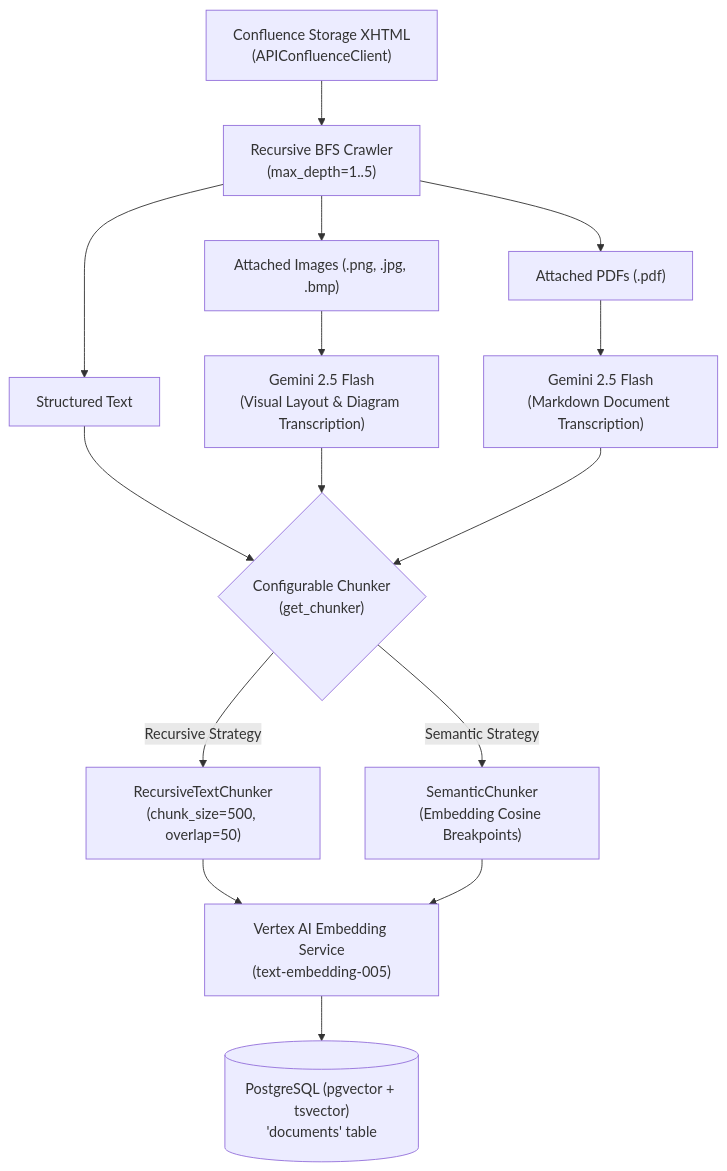
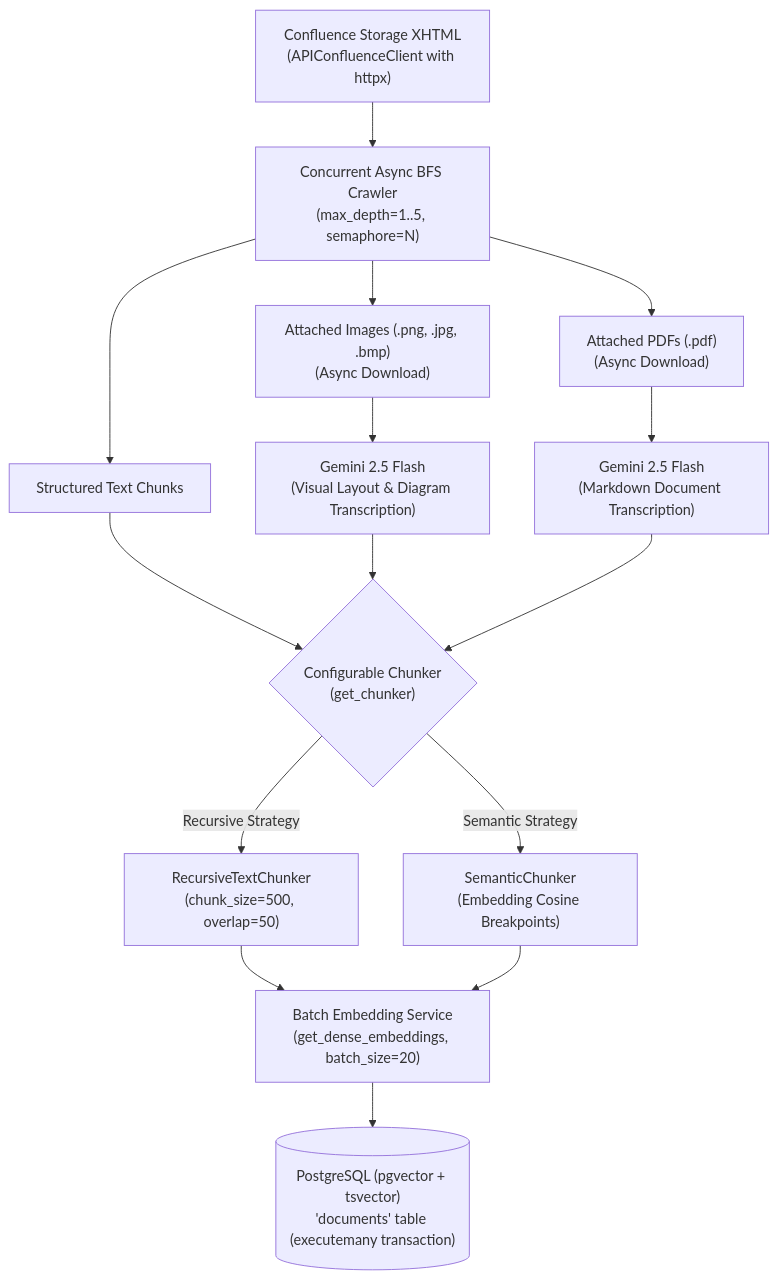
One commit to kesh52/RAG changed the first of 2 diagrams in src/etl/README.md. Above: the diagram before and after it, drawn with Mermaid. The commit also changed other lines of this file and 45 other files, not shown here.

````diff
--- a/src/etl/README.md
+++ b/src/etl/README.md
@@ -19,21 +19,21 @@
 ```mermaid
 graph TD
-    A["Confluence Storage XHTML<br/>(APIConfluenceClient)"] --> B["Recursive BFS Crawler<br/>(max_depth=1..5)"]
-    B --> C1["Structured Text"]
-    B --> C2["Attached Images (.png, .jpg, .bmp)"]
-    B --> C3["Attached PDFs (.pdf)"]
+    A["Confluence Storage XHTML<br/>(APIConfluenceClient with httpx)"] --> B["Concurrent Async BFS Crawler<br/>(max_depth=1..5, semaphore=N)"]
+    B --> C1["Structured Text Chunks"]
+    B --> C2["Attached Images (.png, .jpg, .bmp)<br/>(Async Download)"]
+    B --> C3["Attached PDFs (.pdf)<br/>(Async Download)"]
     
     C1 --> D1{"Configurable Chunker<br/>(get_chunker)"}
     C2 --> D2["Gemini 2.5 Flash<br/>(Visual Layout & Diagram Transcription)"]
     C3 --> D3["Gemini 2.5 Flash<br/>(Markdown Document Transcription)"]
     
     D2 --> D1
     D3 --> D1
     
     D1 -->|Recursive Strategy| D1a["RecursiveTextChunker<br/>(chunk_size=500, overlap=50)"]
     D1 -->|Semantic Strategy| D1b["SemanticChunker<br/>(Embedding Cosine Breakpoints)"]
     
-    D1a --> E["Vertex AI Embedding Service<br/>(text-embedding-005)"]
+    D1a --> E["Batch Embedding Service<br/>(get_dense_embeddings, batch_size=20)"]
     D1b --> E
-    E --> F[("PostgreSQL (pgvector + tsvector)<br/>'documents' table")]
+    E --> F[("PostgreSQL (pgvector + tsvector)<br/>'documents' table (executemany transaction)")]
 ```
````
